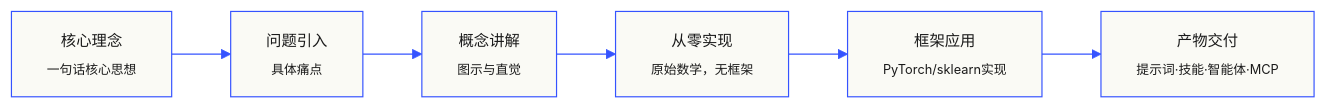
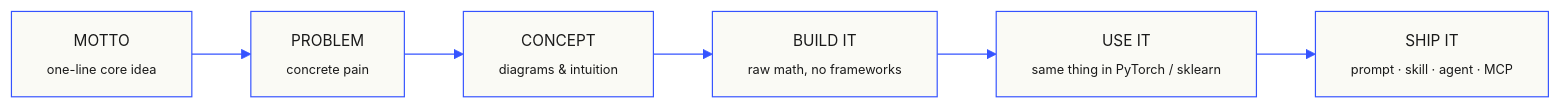
Before and after one commit to arwei944/ai-engineering-from-scratch: the second of 2 diagrams in README_CN.md, drawn with Mermaid. The commit also changed other lines of this file and 1 other file, not shown here.

````diff
--- a/README_CN.md
+++ b/README_CN.md
@@ -93,9 +103,9 @@
 ```mermaid
 %%{init: {'theme':'base','themeVariables':{'primaryColor':'#fafaf5','primaryTextColor':'#1a1a1a','primaryBorderColor':'#3553ff','lineColor':'#3553ff','fontFamily':'JetBrains Mono','fontSize':'13px'}}}%%
 flowchart LR
-  M["核心理念<br/><sub>一句话核心思想</sub>"] --> Pr["问题引入<br/><sub>具体痛点</sub>"]
-  Pr --> C["概念讲解<br/><sub>图示与直觉</sub>"]
-  C --> B["从零实现<br/><sub>原始数学，无框架</sub>"]
-  B --> U["框架应用<br/><sub>PyTorch/sklearn实现</sub>"]
-  U --> S["产物交付<br/><sub>提示词·技能·智能体·MCP</sub>"]
+  M["MOTTO<br/><sub>one-line core idea</sub>"] --> Pr["PROBLEM<br/><sub>concrete pain</sub>"]
+  Pr --> C["CONCEPT<br/><sub>diagrams &amp; intuition</sub>"]
+  C --> B["BUILD IT<br/><sub>raw math, no frameworks</sub>"]
+  B --> U["USE IT<br/><sub>same thing in PyTorch / sklearn</sub>"]
+  U --> S["SHIP IT<br/><sub>prompt · skill · agent · MCP</sub>"]
 ```
````
